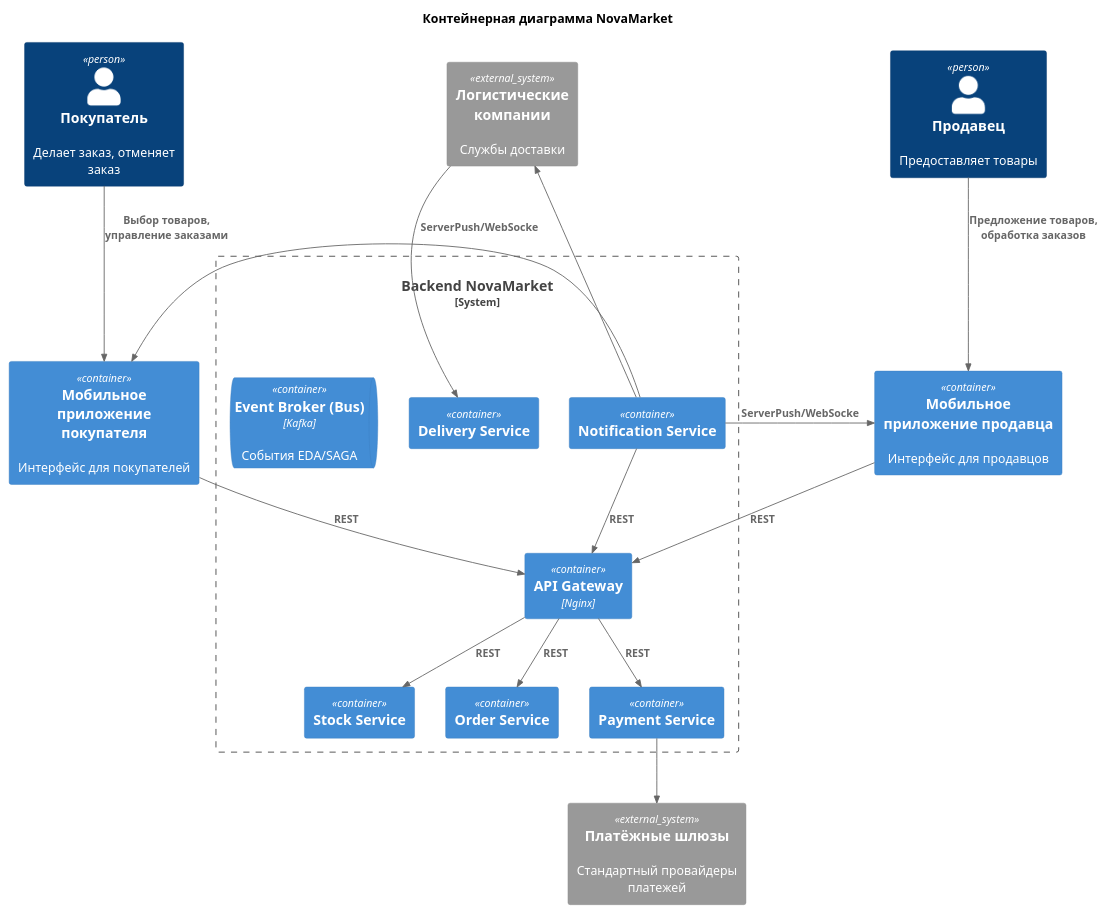
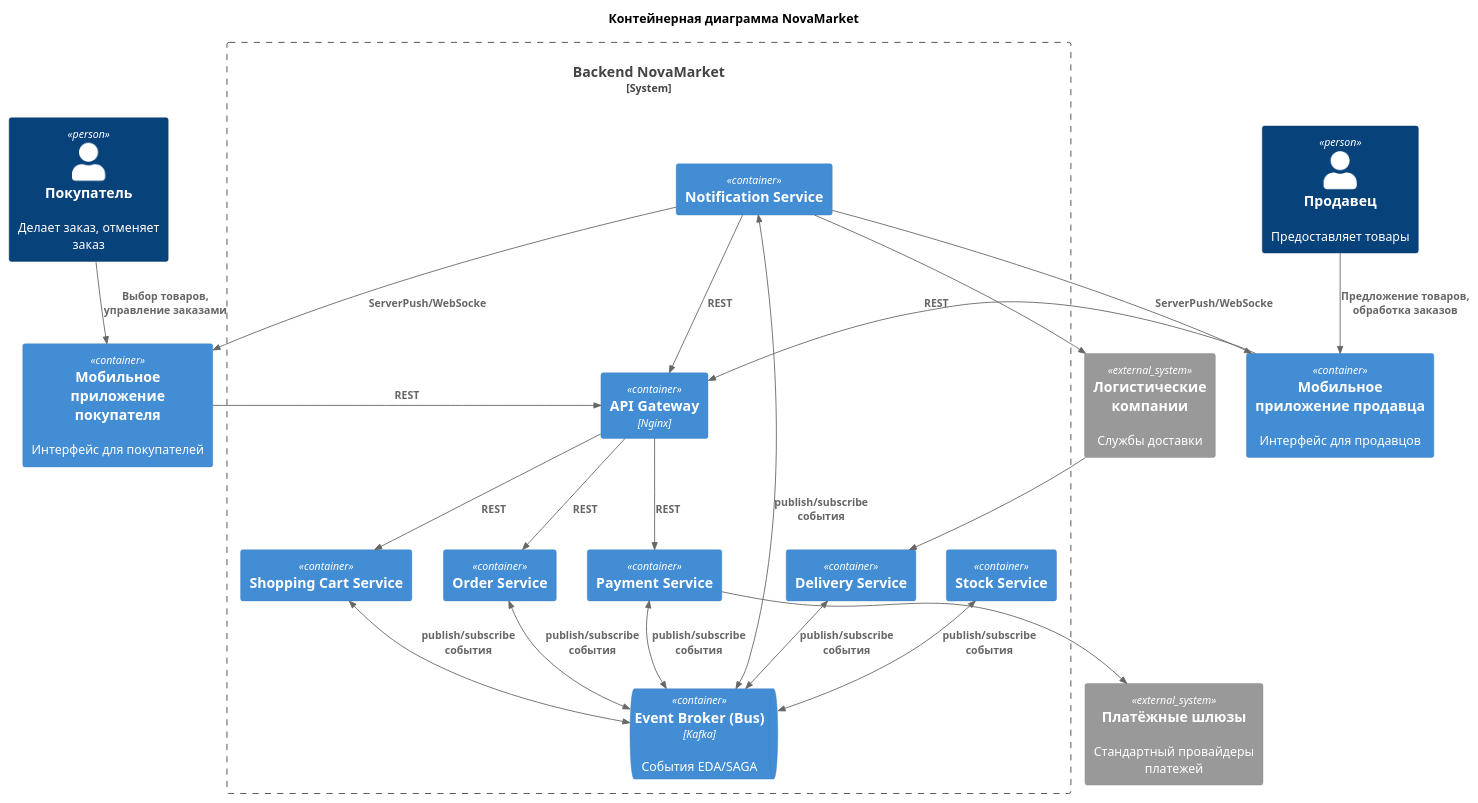
Before and after one commit to Babikoff/MSA-3-NovaMarket: the diagram in Task1/C2.puml, drawn with PlantUML.

Commit message:
Task1: добавлены связи в C2

```diff
--- a/Task1/C2.puml
+++ b/Task1/C2.puml
@@ -1,53 +1,62 @@
 @startuml C2_NovaMarket
 !include https://raw.githubusercontent.com/plantuml-stdlib/C4-PlantUML/master/C4_Container.puml
 
 title Контейнерная диаграмма NovaMarket
 
 'Акторы
 Person(buyer, "Покупатель", "Делает заказ, отменяет заказ")
 Person(seller, "Продавец", "Предоставляет товары")
 
 Container(buyerMobileApp, "Мобильное приложение покупателя", "", "Интерфейс для покупателей")
 Container(sellerMobileApp, "Мобильное приложение продавца", "", "Интерфейс для продавцов")
 
 System_Ext(paymentGateways, "Платёжные шлюзы", "Стандартный провайдеры платежей")
 System_Ext(logisticsCompanies, "Логистические компании", "Службы доставки")
 
 'Граница облачной системы
 System_Boundary(backend_system, "Backend NovaMarket") {
   Container(apiGateway, "API Gateway", "Nginx", "")
 
-  Container(shoppingCartService, "Stock Service", "", "")
+  Container(shoppingCartService, "Shopping Cart Service", "", "")
+  Container(stockService, "Stock Service", "", "")
   Container(orderService, "Order Service", "", "")
   Container(paymentService, "Payment Service", "", "")
   Container(deliveryService, "Delivery Service", "", "")
   Container(notificationService, "Notification Service", "", "")
 
   ContainerQueue(kafka, "Event Broker (Bus)", "Kafka", "События EDA/SAGA")
 }
 
 'СВЯЗИ
 'Пользователи -> Приложения
 Rel(buyer, buyerMobileApp, "Выбор товаров, управление заказами")
 Rel(seller, sellerMobileApp, "Предложение товаров, обработка заказов")
 
 'Приложения -> API
 Rel(buyerMobileApp, apiGateway, "REST")
 Rel(sellerMobileApp, apiGateway, "REST")
 
 'API -> микросервисы
 Rel(apiGateway, shoppingCartService, "REST")
 Rel(apiGateway, orderService, "REST")
 Rel(apiGateway, paymentService, "REST")
 Rel(notificationService, apiGateway, "REST")
 
 'Нотификации
 Rel(notificationService, buyerMobileApp, "ServerPush/WebSocke")
 Rel(notificationService, sellerMobileApp, "ServerPush/WebSocke")
 
 'Интеграции
 Rel(paymentService, paymentGateways, "")
 Rel(logisticsCompanies, deliveryService, "")
 Rel(notificationService, logisticsCompanies, "")
 
+'Хореография: все микросервисы обмениваются событиями через Event Bus (Kafka)
+BiRel(shoppingCartService, kafka, "publish/subscribe события")
+BiRel(stockService, kafka, "publish/subscribe события")
+BiRel(orderService, kafka, "publish/subscribe события")
+BiRel(paymentService, kafka, "publish/subscribe события")
+BiRel(deliveryService, kafka, "publish/subscribe события")
+BiRel(notificationService, kafka, "publish/subscribe события")
+
 @enduml
```
